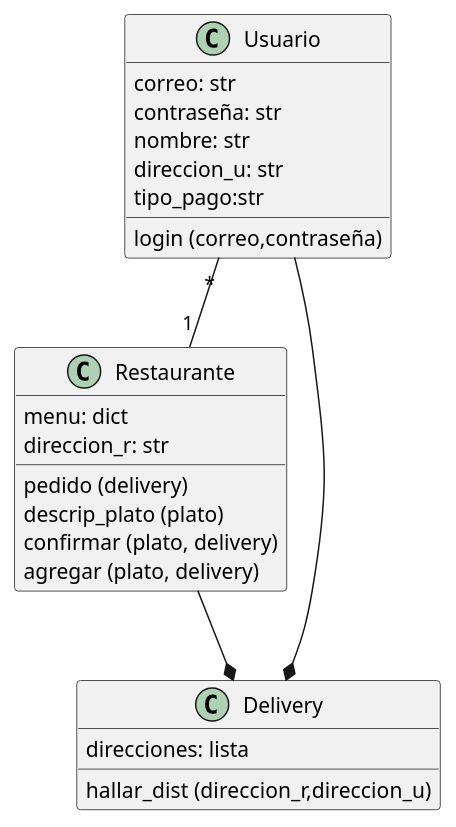
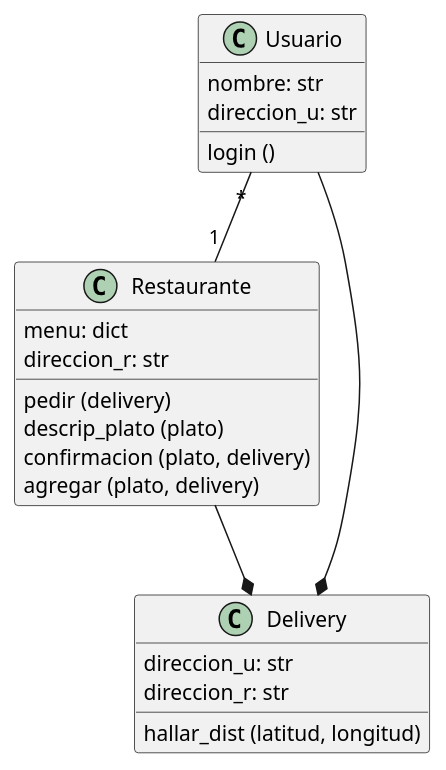
Before and after one commit to imcarlosmsX/demo-chuzona: the diagram in uml.puml, drawn with PlantUML.

```diff
--- a/uml.puml
+++ b/uml.puml
@@ -1,30 +1,30 @@
 @startuml
-class Restaurante {
+
+Class Restaurante {
 menu: dict
 direccion_r: str
-pedido (delivery)
+pedir (delivery)
 descrip_plato (plato)
-confirmar (plato, delivery)
+confirmacion (plato, delivery)
 agregar (plato, delivery)
 }
 
-class Usuario {
-correo: str
-contraseña: str
+Class Usuario {
 nombre: str
 direccion_u: str
-tipo_pago:str
-login (correo,contraseña)
+login ()
+}
 
-}
-class Delivery {
-direcciones: lista
-hallar_dist (direccion_r,direccion_u)
+Class Delivery {
+
+direccion_u: str
+direccion_r: str
+hallar_dist (latitud, longitud)
 
 }
 
 Usuario --* Delivery
 Restaurante --* Delivery
 Usuario "*"--"1" Restaurante
 
 @enduml
```
